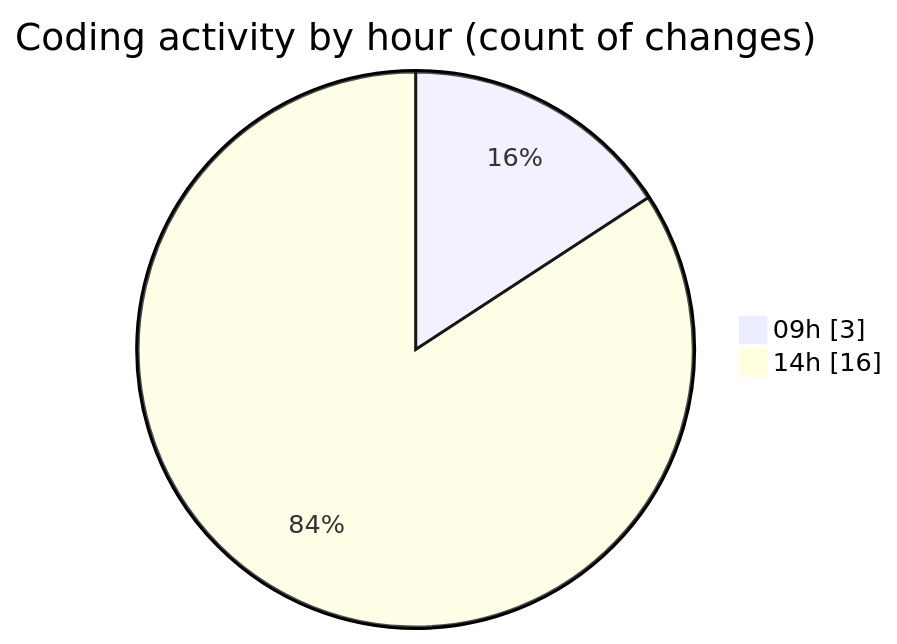
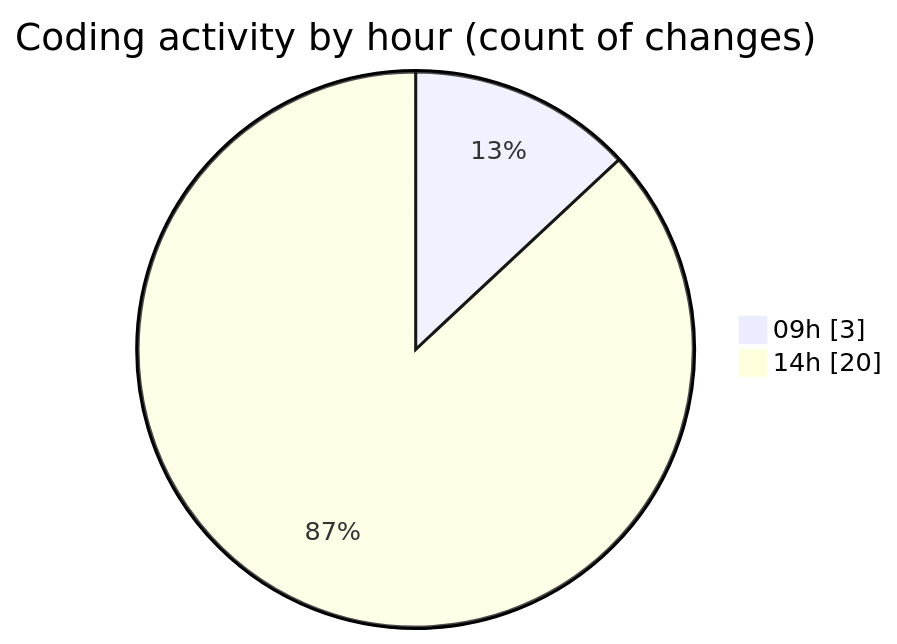
One commit to julien-gomy/code-tracking changed the second of 2 diagrams in 2025-10-14/eventscop-frontend-guide__workspace_/README.md. Above: the diagram before and after it, drawn with Mermaid. The commit also changed other lines of this file and 1 other file, not shown here.

````diff
--- a/2025-10-14/eventscop-frontend-guide__workspace_/README.md
+++ b/2025-10-14/eventscop-frontend-guide__workspace_/README.md
@@ -34,6 +34,6 @@
 ```mermaid
 pie showData
 title Coding activity by hour (count of changes)
 "09h" : 3
-"14h" : 16
+"14h" : 20
 ```
````
